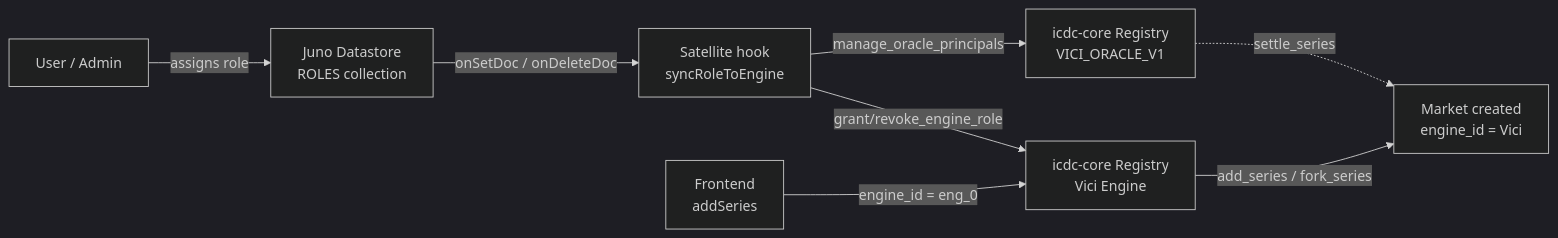
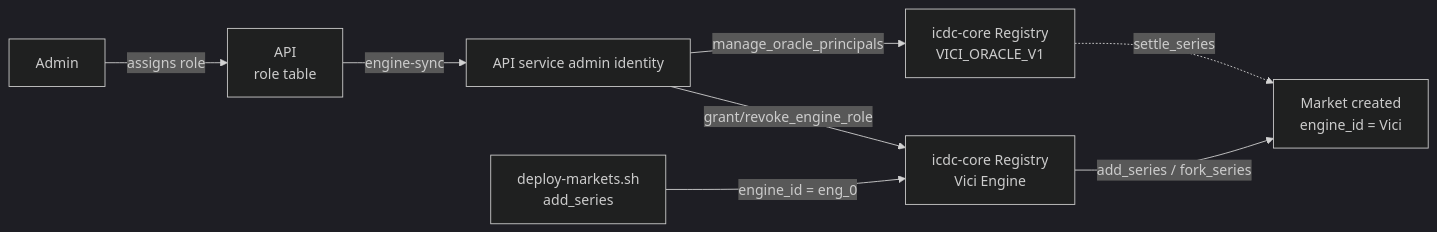
One commit to ViciApp/vici-app changed the diagram in docs/engine-integration.md. Above: the diagram before and after it, drawn with Mermaid (dark theme). The commit also changed other lines of this file and 39 other files, not shown here.

````diff
--- a/docs/engine-integration.md
+++ b/docs/engine-integration.md
@@ -61,10 +62,10 @@
 ```mermaid
 flowchart LR
-    A[User / Admin] -->|assigns role| J[Juno Datastore<br/>ROLES collection]
-    J -->|onSetDoc / onDeleteDoc| H[Satellite hook<br/>syncRoleToEngine]
+    A[Admin] -->|assigns role| J[API<br/>role table]
+    J -->|engine-sync| H[API service admin identity]
     H -->|grant/revoke_engine_role| R[icdc-core Registry<br/>Vici Engine]
     H -->|manage_oracle_principals| O[icdc-core Registry<br/>VICI_ORACLE_V1]
     R -->|add_series / fork_series| M[Market created<br/>engine_id = Vici]
-    F[Frontend<br/>addSeries] -->|engine_id = eng_0| R
+    F[deploy-markets.sh<br/>add_series] -->|engine_id = eng_0| R
     O -. settle_series .-> M
 ```
````
